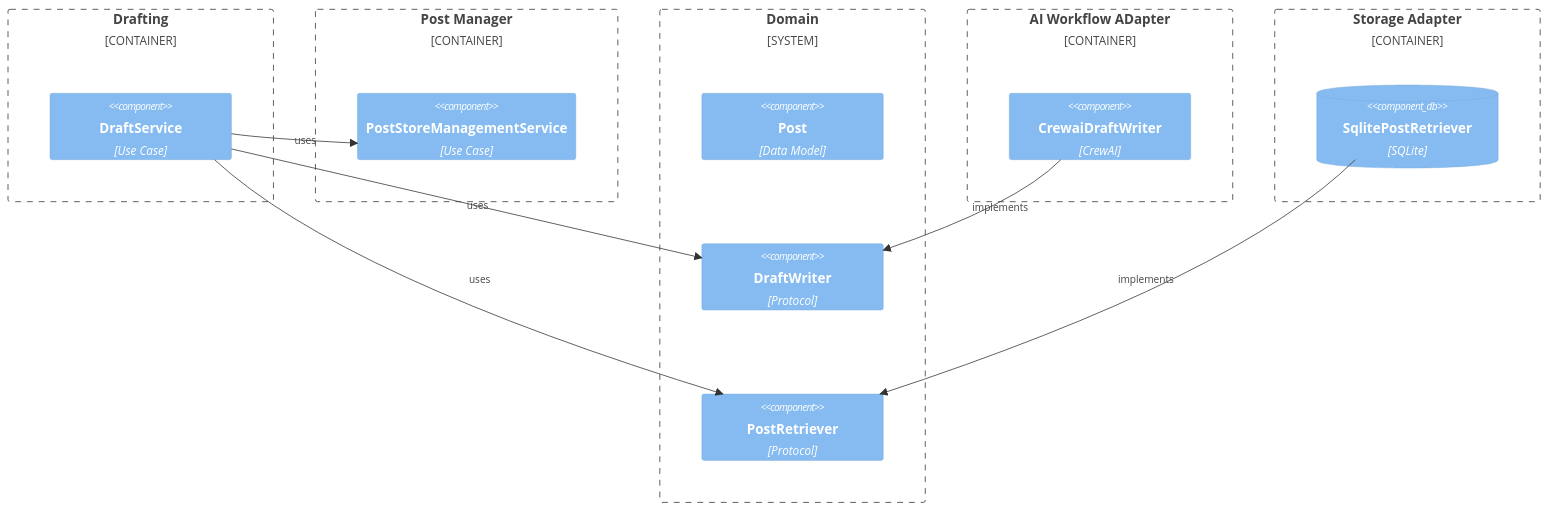
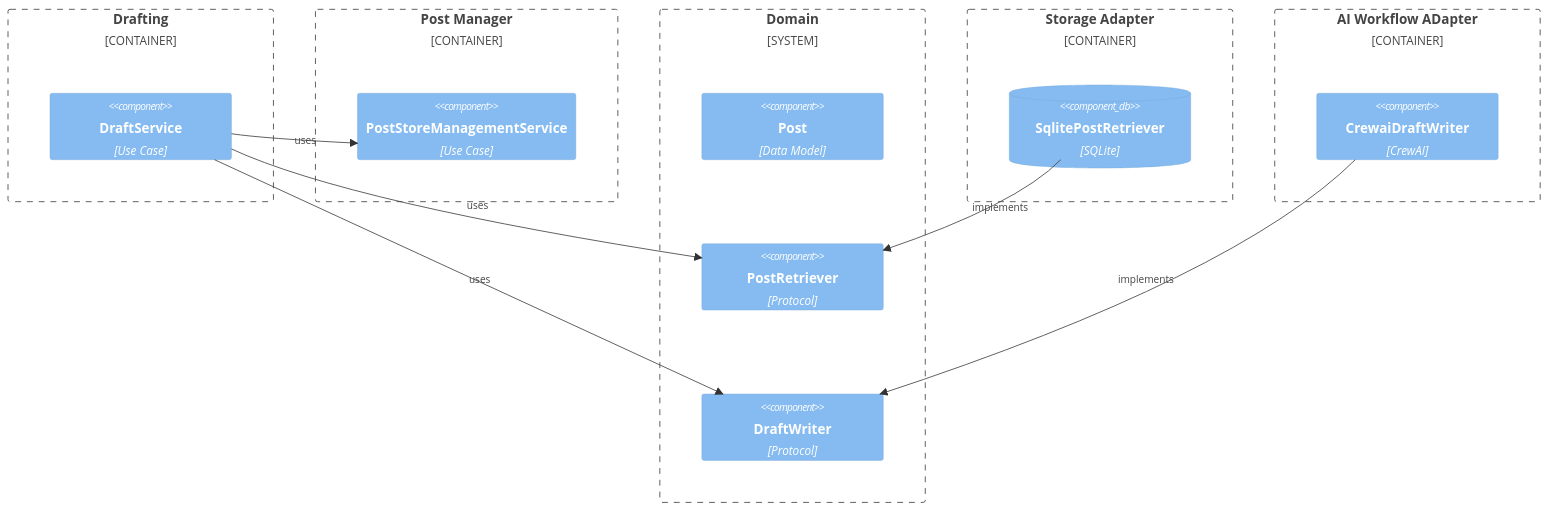
Before and after one commit to ADarko22/linkedin-idea-to-post: the second of 6 diagrams in src/linkedin_idea_to_post/README.md, drawn with Mermaid. The commit also changed other lines of this file and 8 other files, not shown here.

````diff
--- a/src/linkedin_idea_to_post/README.md
+++ b/src/linkedin_idea_to_post/README.md
@@ -55,31 +55,31 @@
 ```mermaid
 C4Container
     Container_Boundary(draft_b, "Drafting") {
         Component(drafter, "DraftService", "Use Case")
     }
 
     Container_Boundary(post_manager_b, "Post Manager") {
         Component(post_store_manager, "PostStoreManagementService", "Use Case")
     }
 
     System_Boundary(domain_b, "Domain") {
         Component(post_m, "Post", "Data Model")
+        Component(retriever_p, "PostRetriever", "Protocol")
         Component(writer_p, "DraftWriter", "Protocol")
-        Component(retriever_p, "PostRetriever", "Protocol")
+    }
+
+    Container_Boundary(storage_b, "Storage Adapter") {
+        ComponentDb(retriever, "SqlitePostRetriever", "SQLite")
     }
 
     Container_Boundary(workflow_b, "AI Workflow ADapter") {
         Component(writer, "CrewaiDraftWriter", "CrewAI")
-    }
-
-    Container_Boundary(storage_b, "Storage Adapter") {
-        ComponentDb(retriever, "SqlitePostRetriever", "SQLite")
     }
 
     Rel_R(drafter, writer_p, "uses")
     Rel_R(drafter, post_store_manager, "uses")
     Rel_R(drafter, retriever_p, "uses")
     Rel_L(writer, writer_p, "implements")
     Rel_L(retriever, retriever_p, "implements")
     UpdateLayoutConfig($c4ShapeInRow="1", $c4BoundaryInRow="5")
 ```
````
